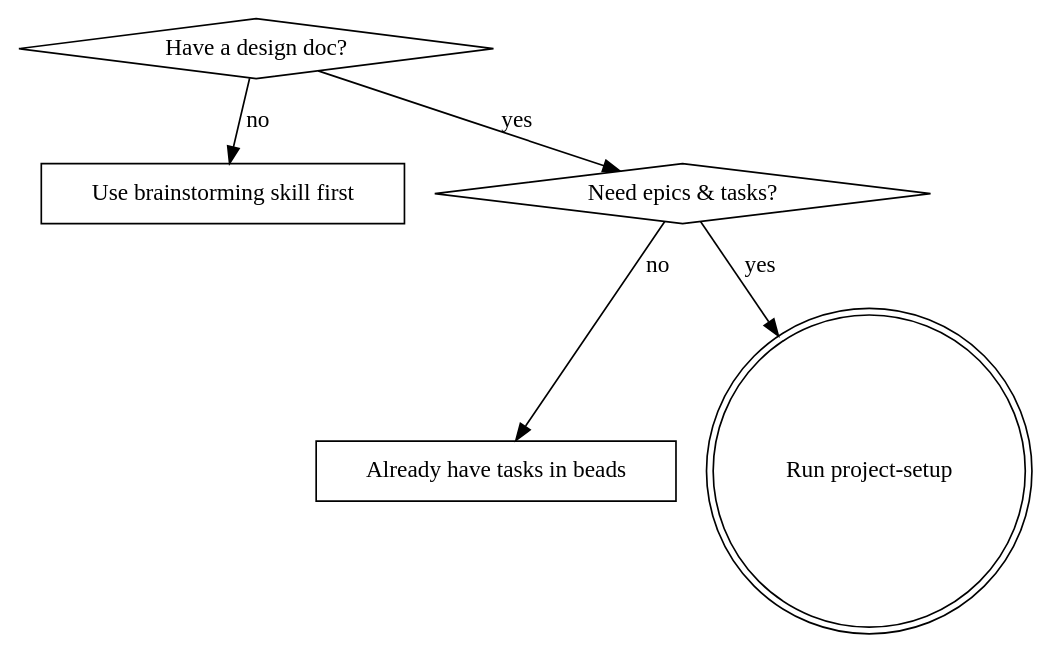
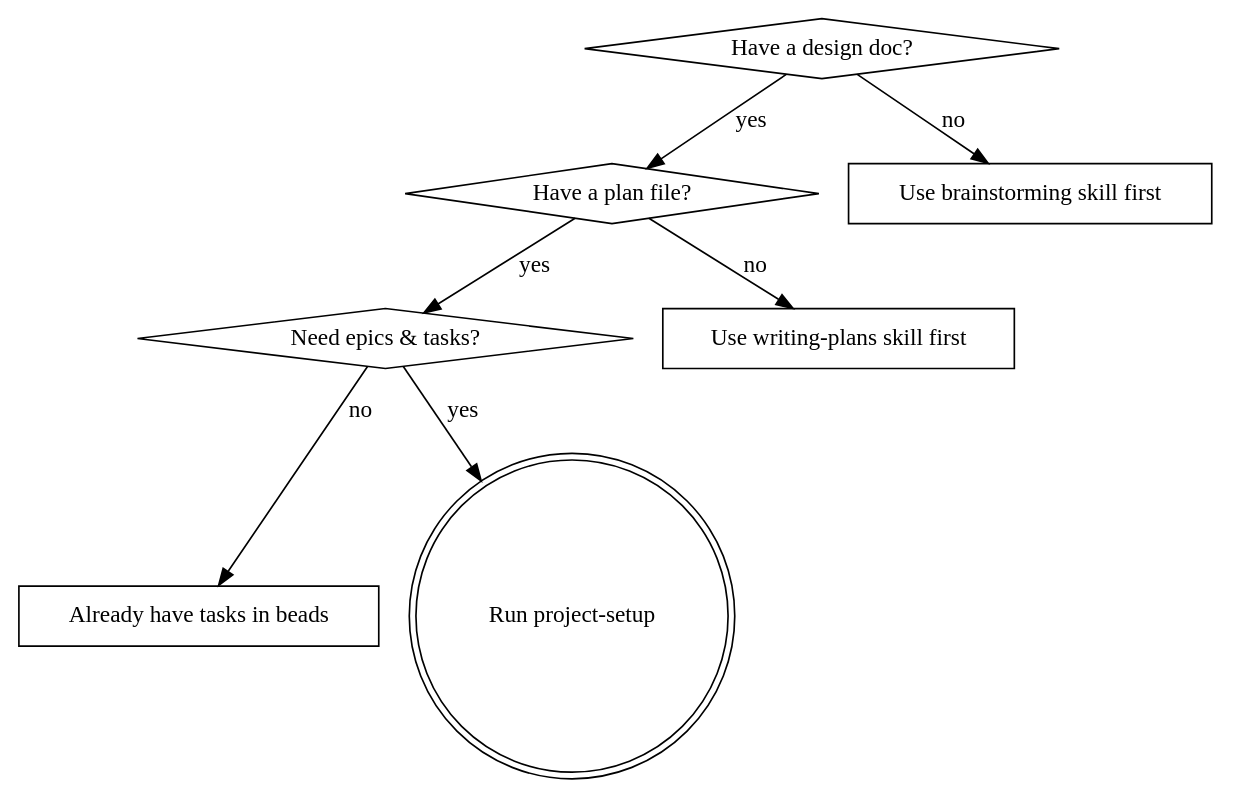
Before and after one commit to leonletto/thrum: the diagram in claude-plugin/skills/project-setup/SKILL.md, drawn with Graphviz. The commit also changed other lines of this file and 2 other files, not shown here.

````diff
--- a/claude-plugin/skills/project-setup/SKILL.md
+++ b/claude-plugin/skills/project-setup/SKILL.md
@@ -22,14 +22,18 @@
 ```dot
 digraph when_to_use {
     "Have a design doc?" [shape=diamond];
+    "Have a plan file?" [shape=diamond];
+    "Need epics & tasks?" [shape=diamond];
     "Use brainstorming skill first" [shape=box];
-    "Need epics & tasks?" [shape=diamond];
+    "Use writing-plans skill first" [shape=box];
     "Already have tasks in beads" [shape=box];
     "Run project-setup" [shape=doublecircle];
 
     "Have a design doc?" -> "Use brainstorming skill first" [label="no"];
-    "Have a design doc?" -> "Need epics & tasks?" [label="yes"];
+    "Have a design doc?" -> "Have a plan file?" [label="yes"];
+    "Have a plan file?" -> "Use writing-plans skill first" [label="no"];
+    "Have a plan file?" -> "Need epics & tasks?" [label="yes"];
     "Need epics & tasks?" -> "Already have tasks in beads" [label="no"];
     "Need epics & tasks?" -> "Run project-setup" [label="yes"];
 }
 ```
````
